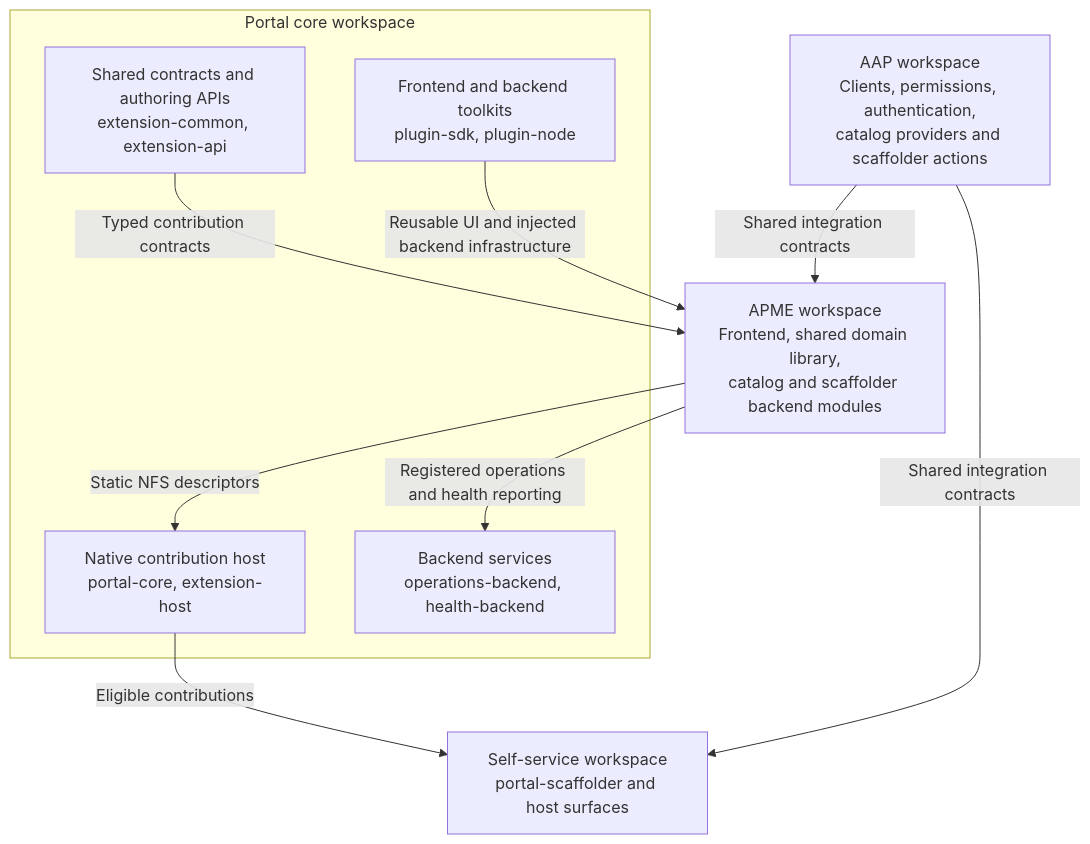
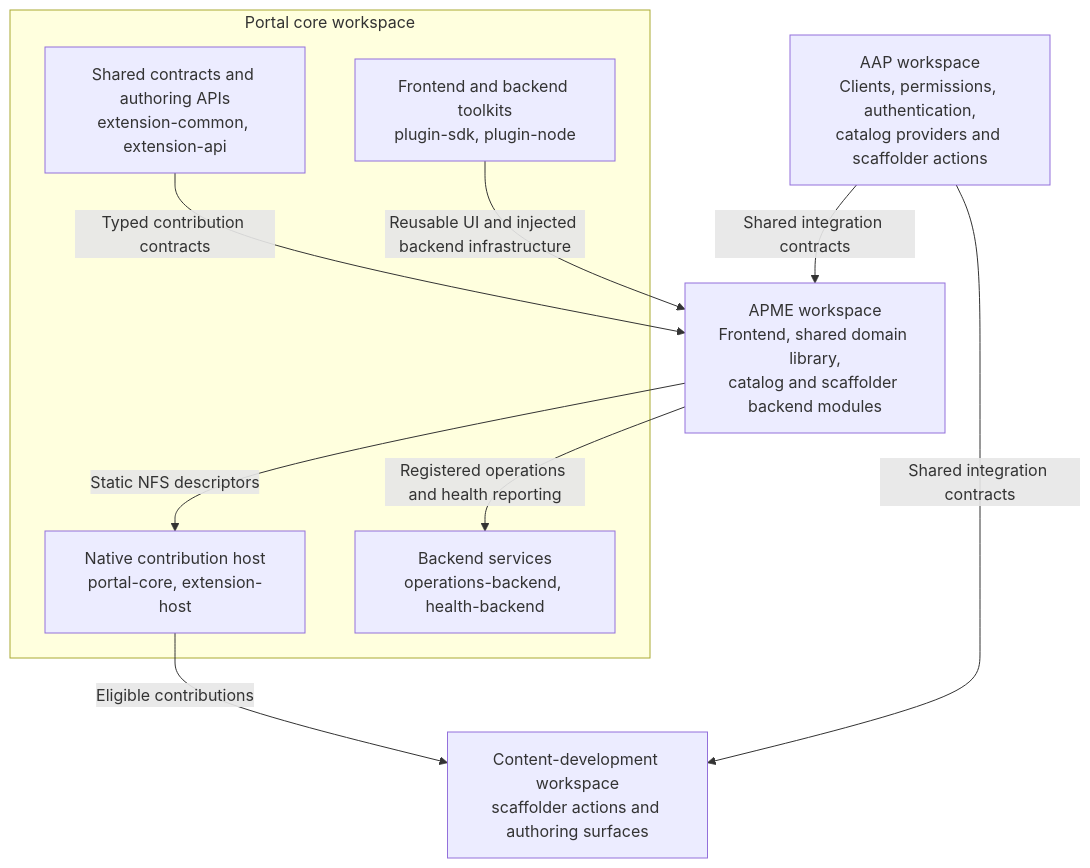
Before and after one commit to ansible/ansible-backstage-plugins: the diagram in workspaces/README.md, drawn with Mermaid. The commit also changed other lines of this file and 160 other files, not shown here.

First line of the commit message:
Wire split scaffolder modules into portal-core (#999)

````diff
--- a/workspaces/README.md
+++ b/workspaces/README.md
@@ -23,20 +23,20 @@
 ```mermaid
 flowchart TB
   subgraph Portal["Portal core workspace"]
     Contracts["Shared contracts and authoring APIs<br/>extension-common, extension-api"]
     Host["Native contribution host<br/>portal-core, extension-host"]
     SDK["Frontend and backend toolkits<br/>plugin-sdk, plugin-node"]
     Services["Backend services<br/>operations-backend, health-backend"]
   end
-  Self["Self-service workspace<br/>portal-scaffolder and host surfaces"]
+  Self["Content-development workspace<br/>scaffolder actions and authoring surfaces"]
   APME["APME workspace<br/>Frontend, shared domain library,<br/>catalog and scaffolder backend modules"]
   AAP["AAP workspace<br/>Clients, permissions, authentication,<br/>catalog providers and scaffolder actions"]
 
   Contracts -->|"Typed contribution contracts"| APME
   SDK -->|"Reusable UI and injected backend infrastructure"| APME
   APME -->|"Static NFS descriptors"| Host
   Host -->|"Eligible contributions"| Self
   APME -->|"Registered operations and health reporting"| Services
   AAP -->|"Shared integration contracts"| Self
   AAP -->|"Shared integration contracts"| APME
 ```
````
